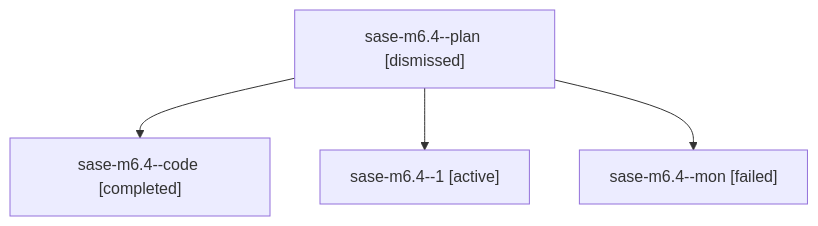
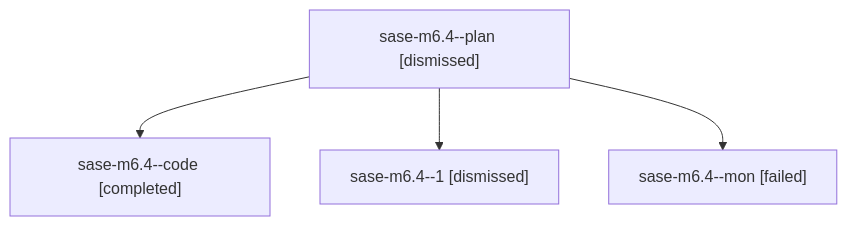
Before and after one commit to sase-org/sase--agents: the diagram in sessions/bbugyi200.athena.sase-m6.4.md, drawn with Mermaid. The commit also changed other lines of this file and 218 other files, not shown here.

````diff
--- a/sessions/bbugyi200.athena.sase-m6.4.md
+++ b/sessions/bbugyi200.athena.sase-m6.4.md
@@ -9,10 +9,10 @@
 ```mermaid
 flowchart TD
   n0["sase-m6.4--plan [dismissed]"]
   n1["sase-m6.4--code [completed]"]
   n0 --> n1
-  n2["sase-m6.4--1 [active]"]
+  n2["sase-m6.4--1 [dismissed]"]
   n0 --> n2
   n3["sase-m6.4--mon [failed]"]
   n0 --> n3
 ```
````
